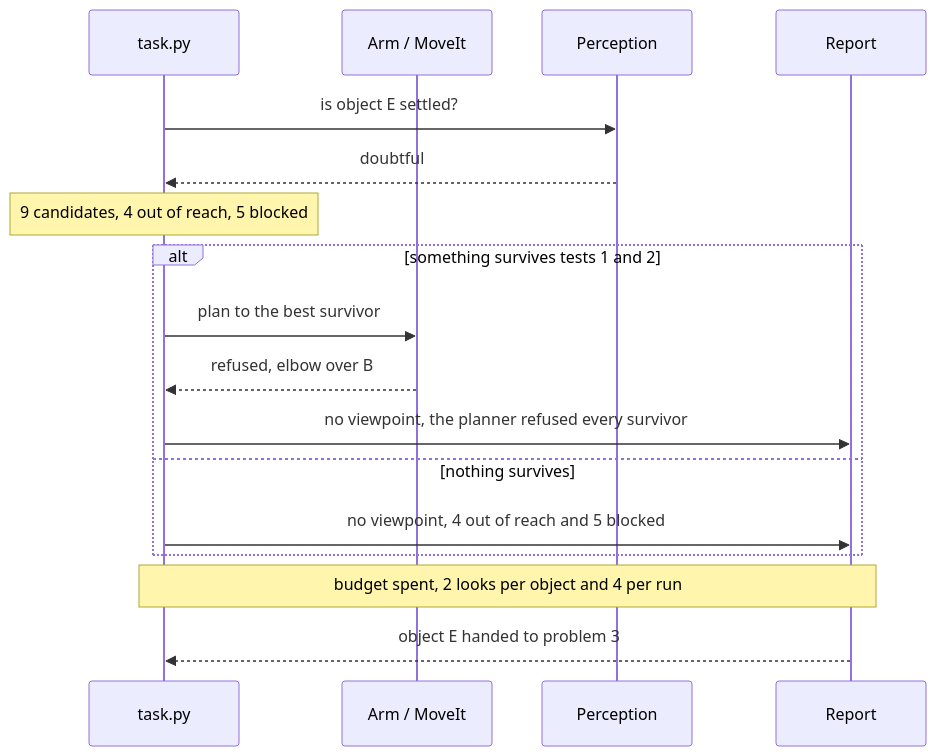
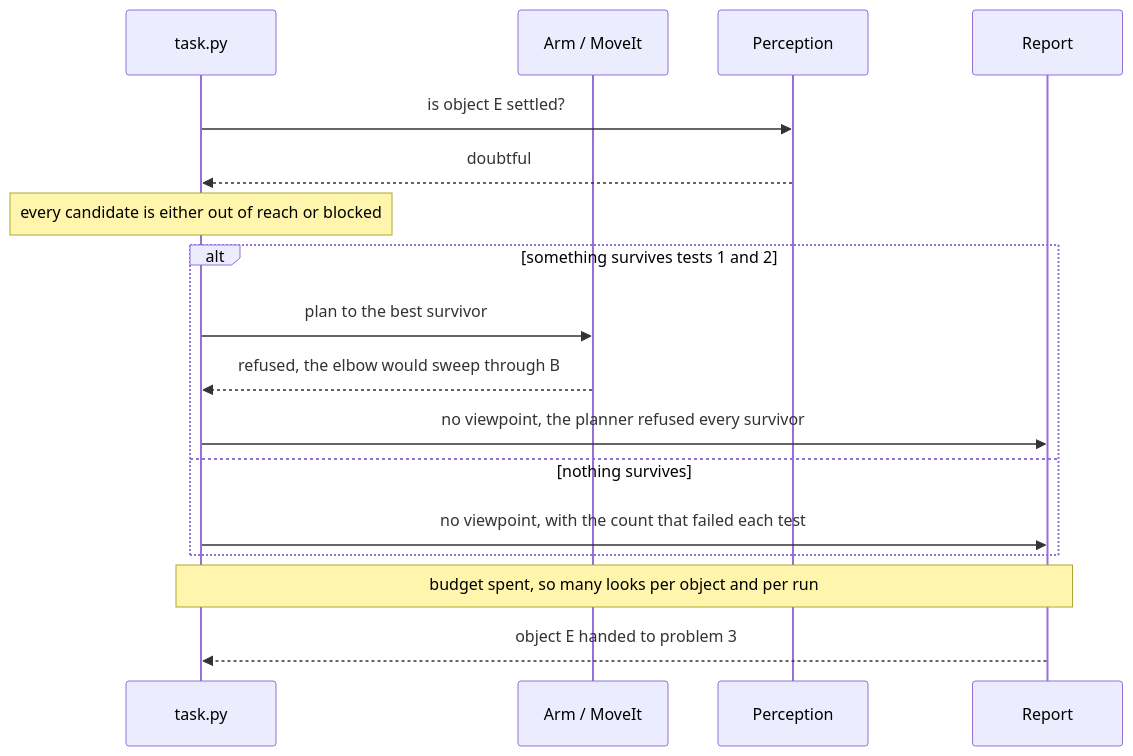
Before and after one commit to RobinNagpal/robot-arm-projects: the second of 3 diagrams in v5-pick-glasses/docs/problem-2/solutions/03-move-the-camera.md, drawn with Mermaid. The commit also changed other lines of this file, not shown here.

````diff
--- a/v5-pick-glasses/docs/problem-2/solutions/03-move-the-camera.md
+++ b/v5-pick-glasses/docs/problem-2/solutions/03-move-the-camera.md
@@ -369,19 +415,19 @@
 ```mermaid
 sequenceDiagram
     participant T as task.py
     participant A as Arm / MoveIt
     participant P as Perception
     participant R as Report
     T->>P: is object E settled?
     P-->>T: doubtful
-    Note over T: 9 candidates, 4 out of reach, 5 blocked
+    Note over T: every candidate is either out of reach or blocked
     alt something survives tests 1 and 2
         T->>A: plan to the best survivor
-        A-->>T: refused, elbow over B
+        A-->>T: refused, the elbow would sweep through B
         T->>R: no viewpoint, the planner refused every survivor
     else nothing survives
-        T->>R: no viewpoint, 4 out of reach and 5 blocked
+        T->>R: no viewpoint, with the count that failed each test
     end
-    Note over T,R: budget spent, 2 looks per object and 4 per run
+    Note over T,R: budget spent, so many looks per object and per run
     R-->>T: object E handed to problem 3
 ```
````
